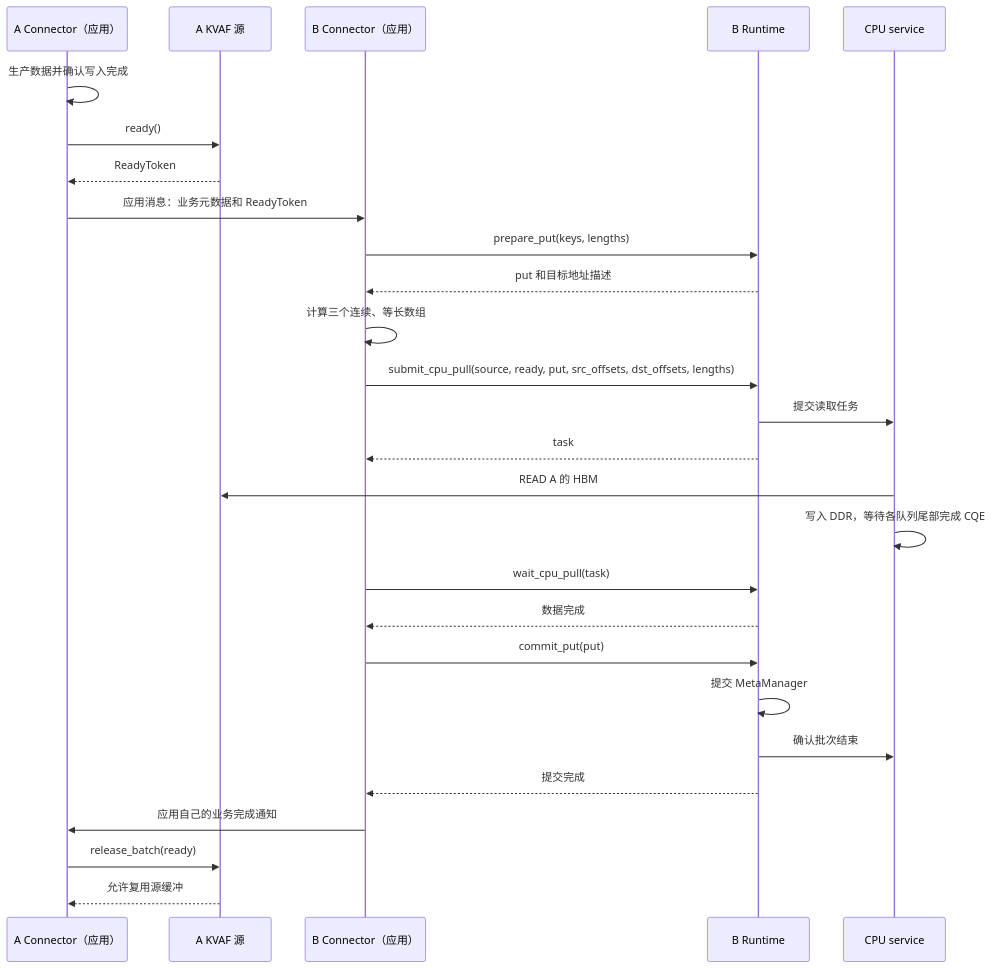
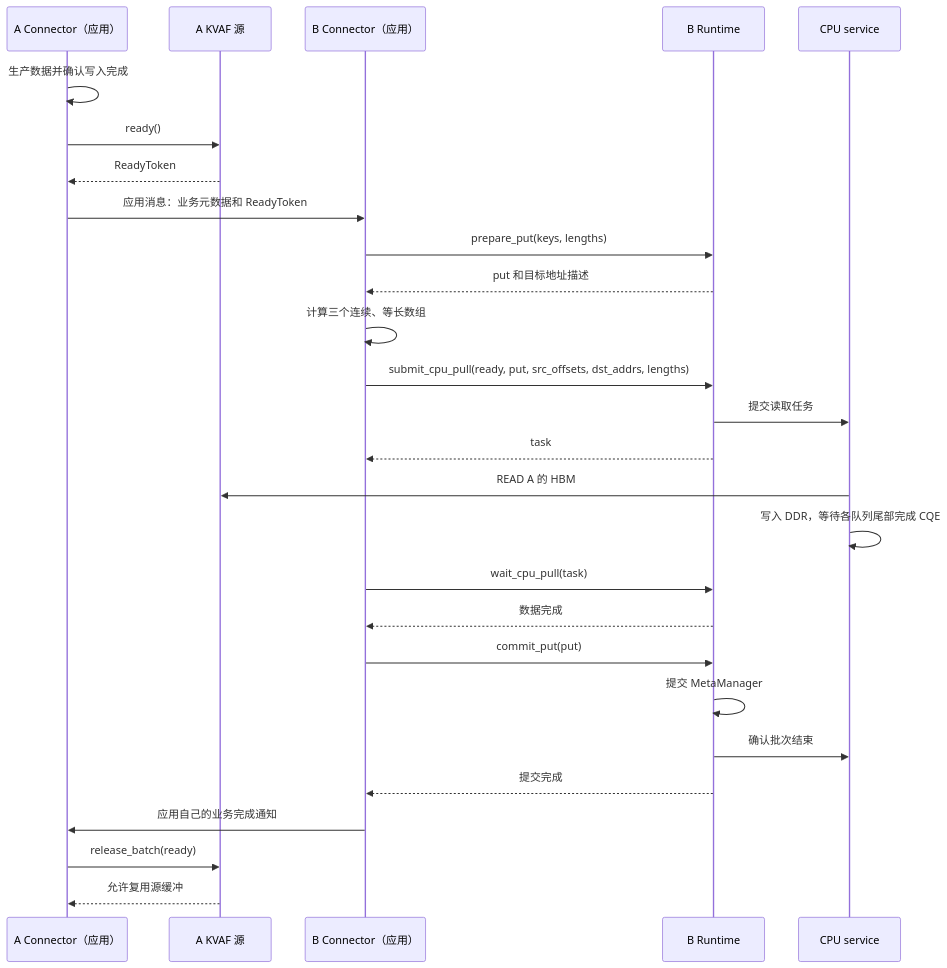
Before and after one commit to zxdgongjue-spec/KVAF: the first of 2 diagrams in docs/connector_pull_api_design.md, drawn with Mermaid. The commit also changed other lines of this file and 22 other files, not shown here.

Commit message:
refactor: simplify pull source routing and DDR destinations

````diff
--- a/docs/connector_pull_api_design.md
+++ b/docs/connector_pull_api_design.md
@@ -334,30 +338,30 @@
 ```mermaid
 sequenceDiagram
     participant AC as A Connector（应用）
     participant AS as A KVAF 源
     participant BC as B Connector（应用）
     participant BR as B Runtime
     participant CPU as CPU service
 
     AC->>AC: 生产数据并确认写入完成
     AC->>AS: ready()
     AS-->>AC: ReadyToken
     AC->>BC: 应用消息：业务元数据和 ReadyToken
     BC->>BR: prepare_put(keys, lengths)
     BR-->>BC: put 和目标地址描述
     BC->>BC: 计算三个连续、等长数组
-    BC->>BR: submit_cpu_pull(source, ready, put, src_offsets, dst_offsets, lengths)
+    BC->>BR: submit_cpu_pull(ready, put, src_offsets, dst_addrs, lengths)
     BR->>CPU: 提交读取任务
     BR-->>BC: task
     CPU->>AS: READ A 的 HBM
     CPU->>CPU: 写入 DDR，等待各队列尾部完成 CQE
     BC->>BR: wait_cpu_pull(task)
     BR-->>BC: 数据完成
     BC->>BR: commit_put(put)
     BR->>BR: 提交 MetaManager
     BR->>CPU: 确认批次结束
     BR-->>BC: 提交完成
     BC->>AC: 应用自己的业务完成通知
     AC->>AS: release_batch(ready)
     AS-->>AC: 允许复用源缓冲
 ```
````
